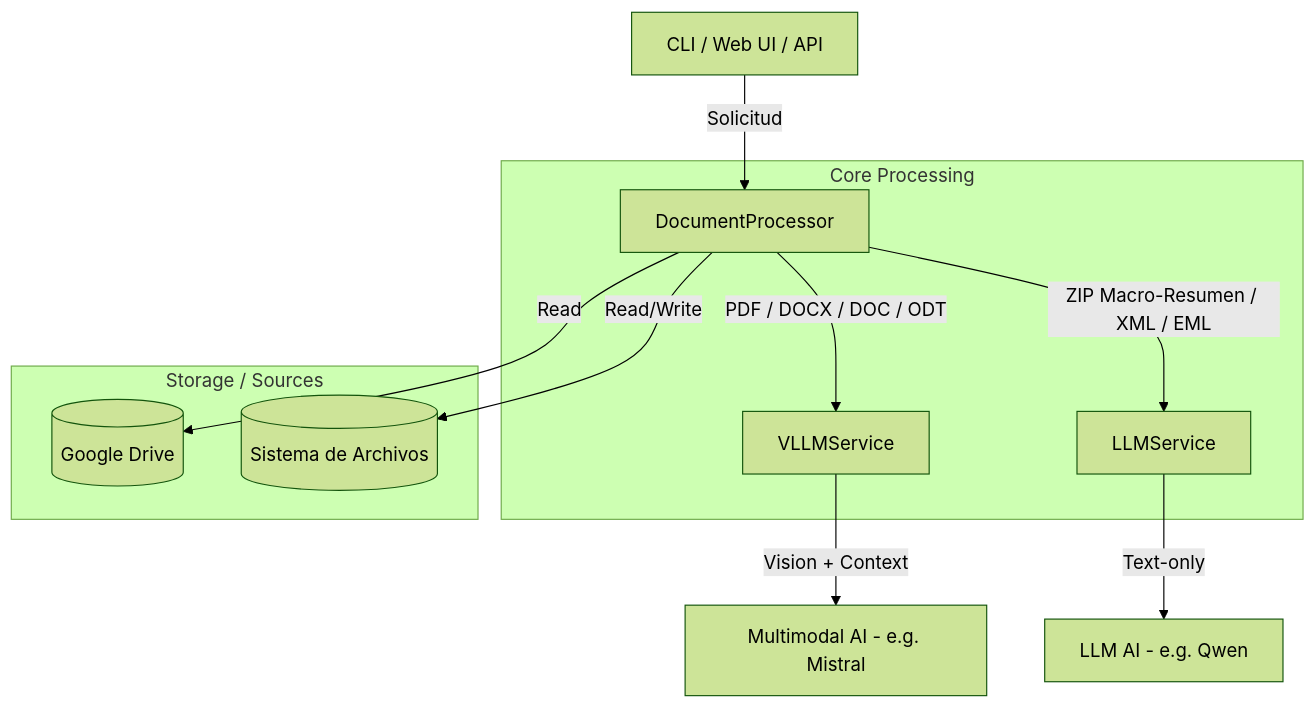
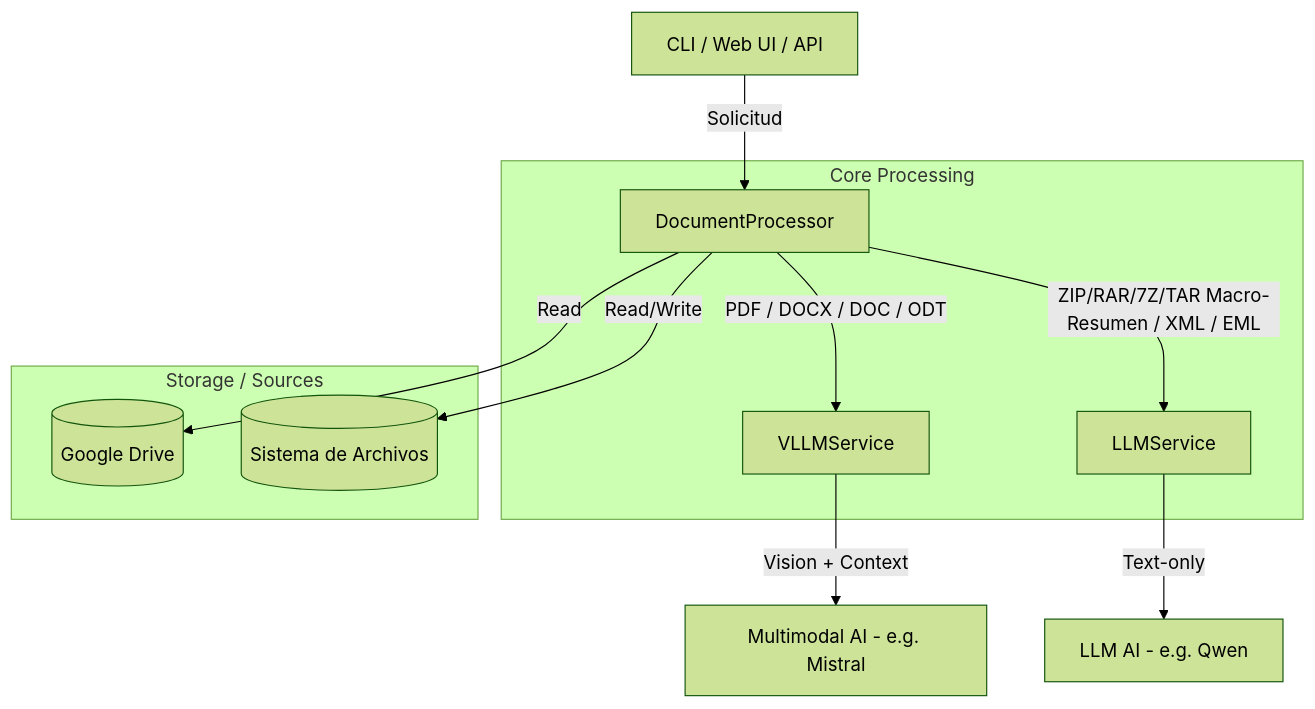
The diagram in README.md (alejandro-garnung-ctic/summarizer), drawn with Mermaid (forest theme) before and after one commit. The commit also changed other lines of this file and 8 other files, not shown here.

````diff
--- a/README.md
+++ b/README.md
@@ -21,17 +21,17 @@
 ```mermaid
 graph TD
     Client[CLI / Web UI / API] -->|Solicitud| Processor[DocumentProcessor]
     
     subgraph "Core Processing"
     Processor -->|PDF / DOCX / DOC / ODT| VLLM[VLLMService]
-    Processor -->|ZIP Macro-Resumen / XML / EML| LLM[LLMService]
+    Processor -->|ZIP/RAR/7Z/TAR Macro-Resumen / XML / EML| LLM[LLMService]
     end
     
     VLLM -->|Vision + Context| AI[Multimodal AI - e.g. Mistral]
     LLM -->|Text-only| AI_Text[LLM AI - e.g. Qwen]
     
     subgraph "Storage / Sources"
     Processor -->|Read| GDrive[(Google Drive)]
     Processor -->|Read/Write| Local[(Sistema de Archivos)]
     end
 ```
````
